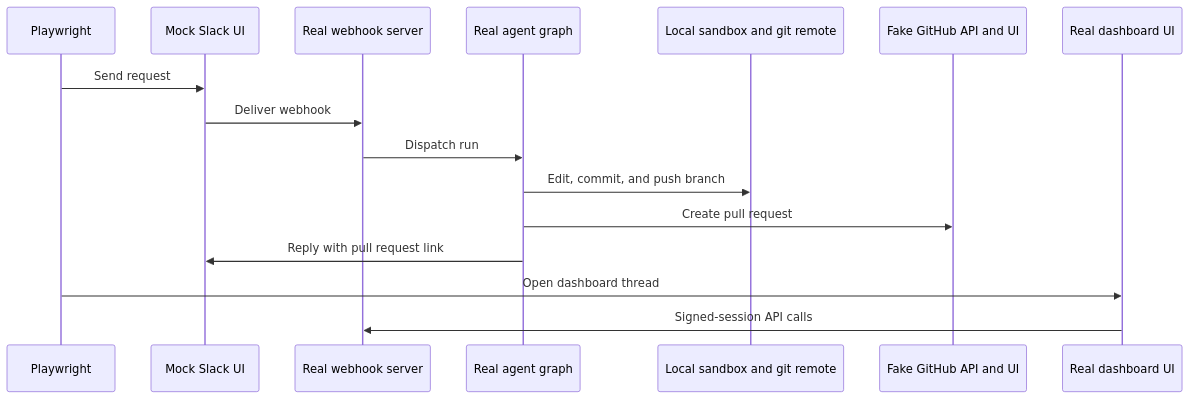
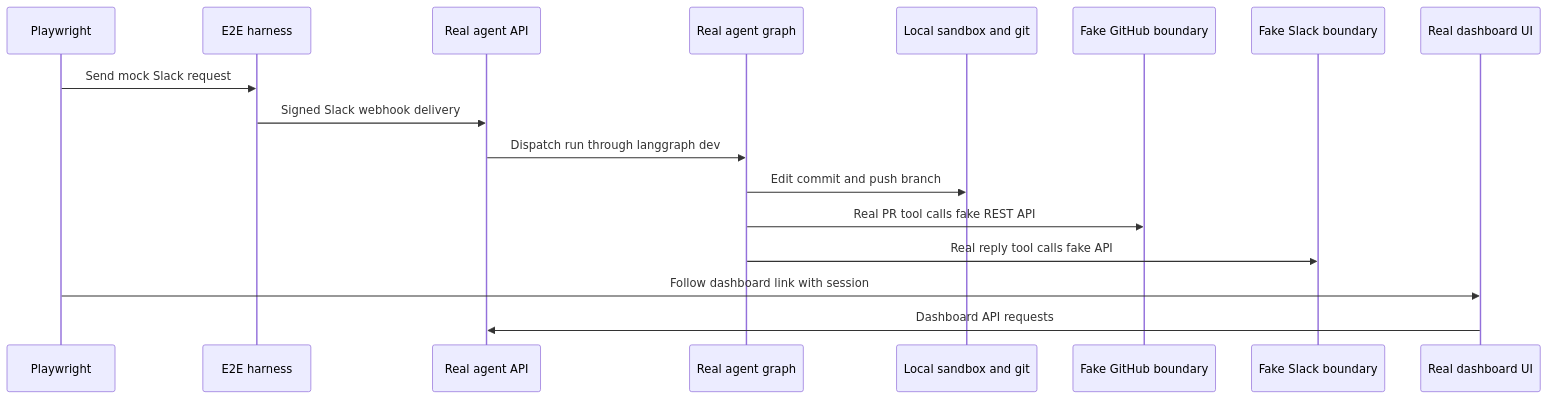
One commit to langchain-ai/open-swe changed the second of 2 diagrams in openwiki/testing/overview.md. Above: the diagram before and after it, drawn with Mermaid. The commit also changed other lines of this file and 11 other files, not shown here.

````diff
--- a/openwiki/testing/overview.md
+++ b/openwiki/testing/overview.md
@@ -158,18 +143,19 @@
 ```mermaid
 sequenceDiagram
     participant PW as Playwright
-    participant Slack as Mock Slack UI
-    participant Server as Real webhook server
+    participant Harness as E2E harness
+    participant API as Real agent API
     participant Agent as Real agent graph
-    participant Local as Local sandbox and git remote
-    participant GitHub as Fake GitHub API and UI
+    participant Local as Local sandbox and git
+    participant GitHub as Fake GitHub boundary
+    participant Slack as Fake Slack boundary
     participant Dash as Real dashboard UI
-    PW->>Slack: Send request
-    Slack->>Server: Deliver webhook
-    Server->>Agent: Dispatch run
-    Agent->>Local: Edit, commit, and push branch
-    Agent->>GitHub: Create pull request
-    Agent->>Slack: Reply with pull request link
-    PW->>Dash: Open dashboard thread
-    Dash->>Server: Signed-session API calls
+    PW->>Harness: Send mock Slack request
+    Harness->>API: Signed Slack webhook delivery
+    API->>Agent: Dispatch run through langgraph dev
+    Agent->>Local: Edit commit and push branch
+    Agent->>GitHub: Real PR tool calls fake REST API
+    Agent->>Slack: Real reply tool calls fake API
+    PW->>Dash: Follow dashboard link with session
+    Dash->>API: Dashboard API requests
 ```
````
